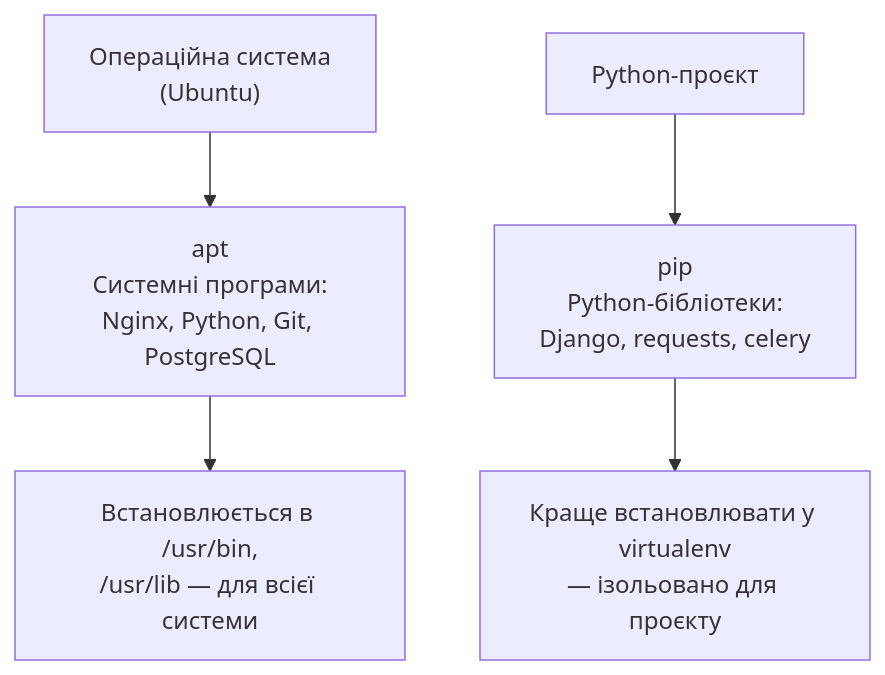
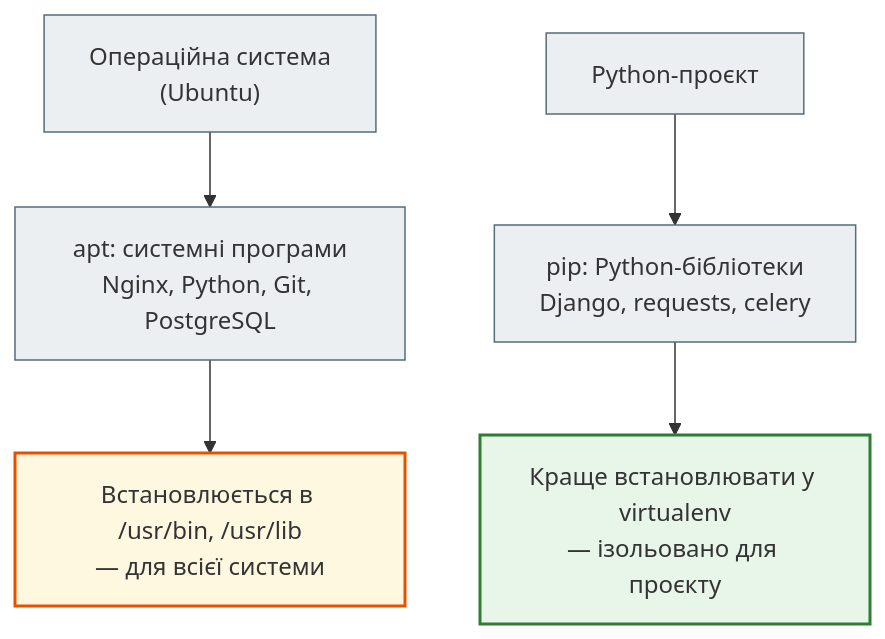
Before and after one commit to NikoriakViktot/notes_chat_app: the first of 2 diagrams in docs/10_linux_and_devops/linux_06_package_managers_and_software_full.md, drawn with Mermaid. The commit also changed other lines of this file and 441 other files, not shown here.

First line of the commit message:
Add English version of the book, Mermaid standard, docs fixes

````diff
--- a/docs/10_linux_and_devops/linux_06_package_managers_and_software_full.md
+++ b/docs/10_linux_and_devops/linux_06_package_managers_and_software_full.md
@@ -13,7 +13,14 @@
 ```mermaid
 flowchart TD
-    OS["Операційна система\n(Ubuntu)"] --> APT["apt\nСистемні програми:\nNginx, Python, Git, PostgreSQL"]
-    Python["Python-проєкт"] --> PIP["pip\nPython-бібліотеки:\nDjango, requests, celery"]
-    APT --> System["Встановлюється в /usr/bin,\n/usr/lib — для всієї системи"]
-    PIP --> Venv["Краще встановлювати у virtualenv\n— ізольовано для проєкту"]
+    OS["Операційна система<br>(Ubuntu)"] --> APT["apt: системні програми<br>Nginx, Python, Git, PostgreSQL"]
+    Python["Python-проєкт"] --> PIP["pip: Python-бібліотеки<br>Django, requests, celery"]
+    APT --> System["Встановлюється в /usr/bin, /usr/lib<br>— для всієї системи"]
+    PIP --> Venv["Краще встановлювати у virtualenv<br>— ізольовано для проєкту"]
+
+    classDef step     fill:#eceff1,stroke:#546e7a,stroke-width:1px;
+    classDef success  fill:#e8f5e9,stroke:#2e7d32,stroke-width:2px;
+    classDef warning  fill:#fff8e1,stroke:#e65100,stroke-width:2px;
+    class OS,APT,Python,PIP step;
+    class Venv success;
+    class System warning;
 ```
````
